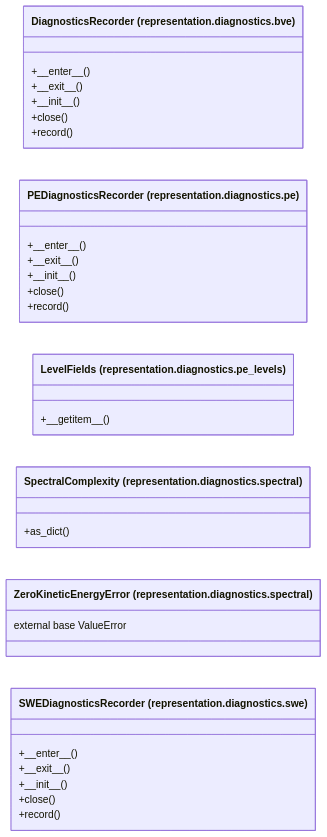
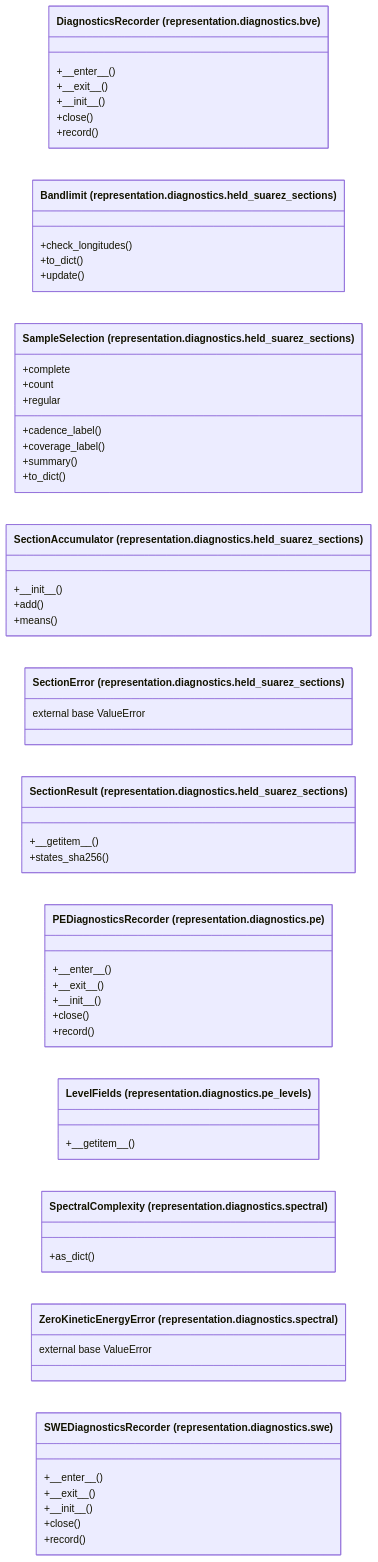
Before and after one commit to AlexandreEros/Palintropos: the diagram in docs/architecture/current/classes/tropoi.representation.diagnostics.mmd, drawn with Mermaid. The commit also changed 9 other files, not shown here.

Commit message:
Refresh architecture snapshot for 21e7155

```diff
--- a/docs/architecture/current/classes/tropoi.representation.diagnostics.mmd
+++ b/docs/architecture/current/classes/tropoi.representation.diagnostics.mmd
@@ -1,28 +1,49 @@
 %% Generated by tools.architecture 1.0.0. Do not edit by hand.
 %% All classes defined in package tropoi.representation.diagnostics.
 classDiagram
     direction LR
     class c_tropoi_orepresentation_odiagnostics_obve_oDiagnosticsRecorder["DiagnosticsRecorder (representation.diagnostics.bve)"]
     c_tropoi_orepresentation_odiagnostics_obve_oDiagnosticsRecorder : +#95;#95;enter#95;#95;()
     c_tropoi_orepresentation_odiagnostics_obve_oDiagnosticsRecorder : +#95;#95;exit#95;#95;()
     c_tropoi_orepresentation_odiagnostics_obve_oDiagnosticsRecorder : +#95;#95;init#95;#95;()
     c_tropoi_orepresentation_odiagnostics_obve_oDiagnosticsRecorder : +close()
     c_tropoi_orepresentation_odiagnostics_obve_oDiagnosticsRecorder : +record()
+    class c_tropoi_orepresentation_odiagnostics_oheld__suarez__sections_oBandlimit["Bandlimit (representation.diagnostics.held_suarez_sections)"]
+    c_tropoi_orepresentation_odiagnostics_oheld__suarez__sections_oBandlimit : +check#95;longitudes()
+    c_tropoi_orepresentation_odiagnostics_oheld__suarez__sections_oBandlimit : +to#95;dict()
+    c_tropoi_orepresentation_odiagnostics_oheld__suarez__sections_oBandlimit : +update()
+    class c_tropoi_orepresentation_odiagnostics_oheld__suarez__sections_oSampleSelection["SampleSelection (representation.diagnostics.held_suarez_sections)"]
+    c_tropoi_orepresentation_odiagnostics_oheld__suarez__sections_oSampleSelection : +cadence#95;label()
+    c_tropoi_orepresentation_odiagnostics_oheld__suarez__sections_oSampleSelection : +complete
+    c_tropoi_orepresentation_odiagnostics_oheld__suarez__sections_oSampleSelection : +count
+    c_tropoi_orepresentation_odiagnostics_oheld__suarez__sections_oSampleSelection : +coverage#95;label()
+    c_tropoi_orepresentation_odiagnostics_oheld__suarez__sections_oSampleSelection : +regular
+    c_tropoi_orepresentation_odiagnostics_oheld__suarez__sections_oSampleSelection : +summary()
+    c_tropoi_orepresentation_odiagnostics_oheld__suarez__sections_oSampleSelection : +to#95;dict()
+    class c_tropoi_orepresentation_odiagnostics_oheld__suarez__sections_oSectionAccumulator["SectionAccumulator (representation.diagnostics.held_suarez_sections)"]
+    c_tropoi_orepresentation_odiagnostics_oheld__suarez__sections_oSectionAccumulator : +#95;#95;init#95;#95;()
+    c_tropoi_orepresentation_odiagnostics_oheld__suarez__sections_oSectionAccumulator : +add()
+    c_tropoi_orepresentation_odiagnostics_oheld__suarez__sections_oSectionAccumulator : +means()
+    class c_tropoi_orepresentation_odiagnostics_oheld__suarez__sections_oSectionError["SectionError (representation.diagnostics.held_suarez_sections)"]
+    c_tropoi_orepresentation_odiagnostics_oheld__suarez__sections_oSectionError : external base ValueError
+    class c_tropoi_orepresentation_odiagnostics_oheld__suarez__sections_oSectionResult["SectionResult (representation.diagnostics.held_suarez_sections)"]
+    c_tropoi_orepresentation_odiagnostics_oheld__suarez__sections_oSectionResult : +#95;#95;getitem#95;#95;()
+    c_tropoi_orepresentation_odiagnostics_oheld__suarez__sections_oSectionResult : +states#95;sha256()
     class c_tropoi_orepresentation_odiagnostics_ope_oPEDiagnosticsRecorder["PEDiagnosticsRecorder (representation.diagnostics.pe)"]
     c_tropoi_orepresentation_odiagnostics_ope_oPEDiagnosticsRecorder : +#95;#95;enter#95;#95;()
     c_tropoi_orepresentation_odiagnostics_ope_oPEDiagnosticsRecorder : +#95;#95;exit#95;#95;()
     c_tropoi_orepresentation_odiagnostics_ope_oPEDiagnosticsRecorder : +#95;#95;init#95;#95;()
     c_tropoi_orepresentation_odiagnostics_ope_oPEDiagnosticsRecorder : +close()
     c_tropoi_orepresentation_odiagnostics_ope_oPEDiagnosticsRecorder : +record()
     class c_tropoi_orepresentation_odiagnostics_ope__levels_oLevelFields["LevelFields (representation.diagnostics.pe_levels)"]
     c_tropoi_orepresentation_odiagnostics_ope__levels_oLevelFields : +#95;#95;getitem#95;#95;()
     class c_tropoi_orepresentation_odiagnostics_ospectral_oSpectralComplexity["SpectralComplexity (representation.diagnostics.spectral)"]
     c_tropoi_orepresentation_odiagnostics_ospectral_oSpectralComplexity : +as#95;dict()
     class c_tropoi_orepresentation_odiagnostics_ospectral_oZeroKineticEnergyError["ZeroKineticEnergyError (representation.diagnostics.spectral)"]
     c_tropoi_orepresentation_odiagnostics_ospectral_oZeroKineticEnergyError : external base ValueError
     class c_tropoi_orepresentation_odiagnostics_oswe_oSWEDiagnosticsRecorder["SWEDiagnosticsRecorder (representation.diagnostics.swe)"]
     c_tropoi_orepresentation_odiagnostics_oswe_oSWEDiagnosticsRecorder : +#95;#95;enter#95;#95;()
     c_tropoi_orepresentation_odiagnostics_oswe_oSWEDiagnosticsRecorder : +#95;#95;exit#95;#95;()
     c_tropoi_orepresentation_odiagnostics_oswe_oSWEDiagnosticsRecorder : +#95;#95;init#95;#95;()
     c_tropoi_orepresentation_odiagnostics_oswe_oSWEDiagnosticsRecorder : +close()
     c_tropoi_orepresentation_odiagnostics_oswe_oSWEDiagnosticsRecorder : +record()
```
